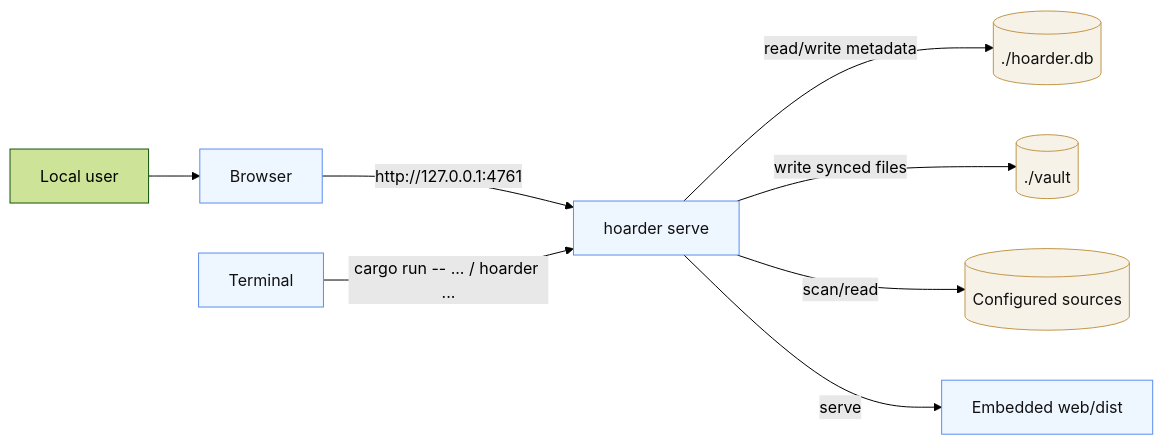
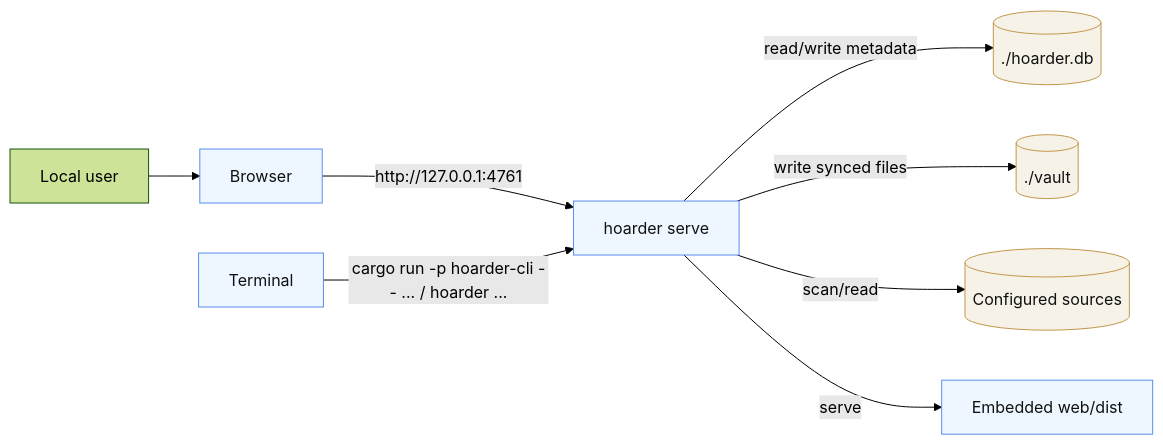
One commit to Ns2Kracy/hoarder changed the second of 6 diagrams in docs/architecture.md. Above: the diagram before and after it, drawn with Mermaid (forest theme). The commit also changed other lines of this file and 9 other files, not shown here.

````diff
--- a/docs/architecture.md
+++ b/docs/architecture.md
@@ -96,15 +96,15 @@
 ```mermaid
 flowchart LR
     User[Local user] --> Browser[Browser]
     Browser -->|http://127.0.0.1:4761| Process[hoarder serve]
-    Terminal[Terminal] -->|cargo run -- ... / hoarder ...| Process
+    Terminal[Terminal] -->|cargo run -p hoarder-cli -- ... / hoarder ...| Process
     Process -->|read/write metadata| DB[(./hoarder.db)]
     Process -->|write synced files| Vault[(./vault)]
     Process -->|scan/read| Remote[(Configured sources)]
     Process -->|serve| Assets[Embedded web/dist]
 
     classDef local fill:#eef7ff,stroke:#5b8def,color:#111;
     classDef data fill:#f7f2e8,stroke:#c1974a,color:#111;
     class Process,Browser,Terminal,Assets local;
     class DB,Vault,Remote data;
 ```
````
